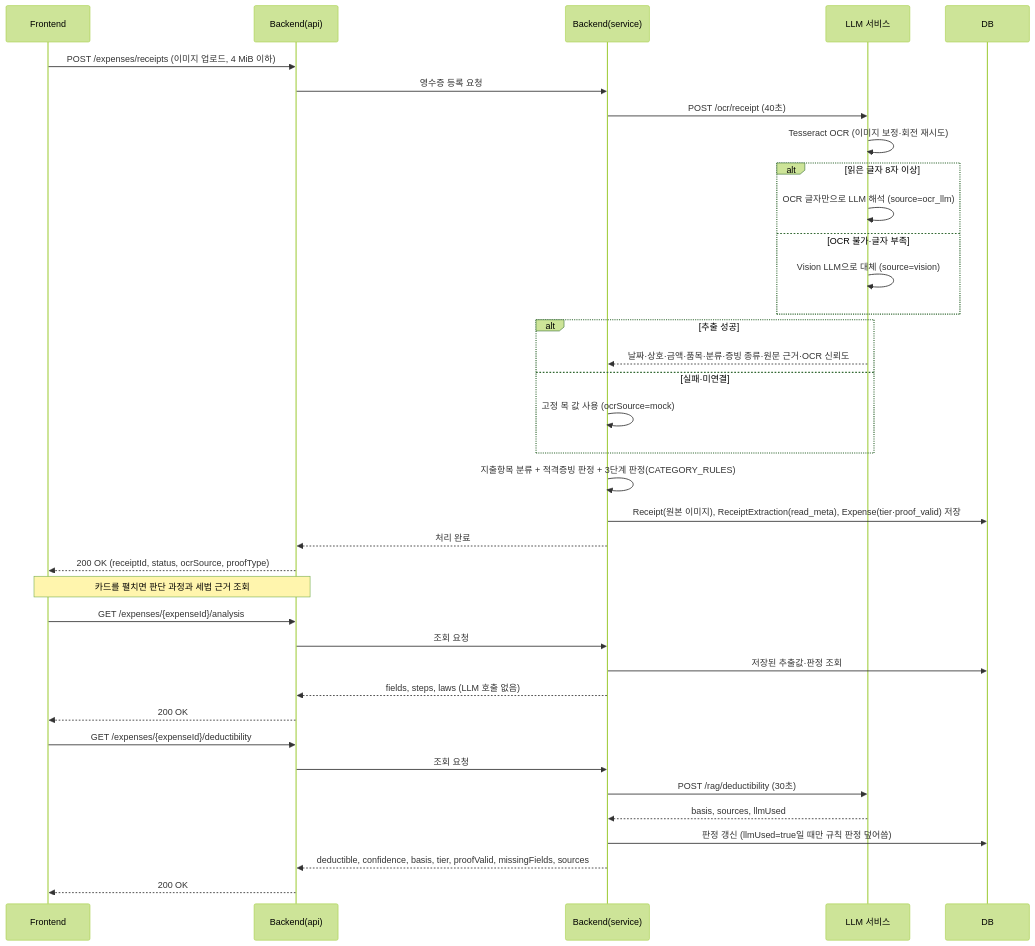
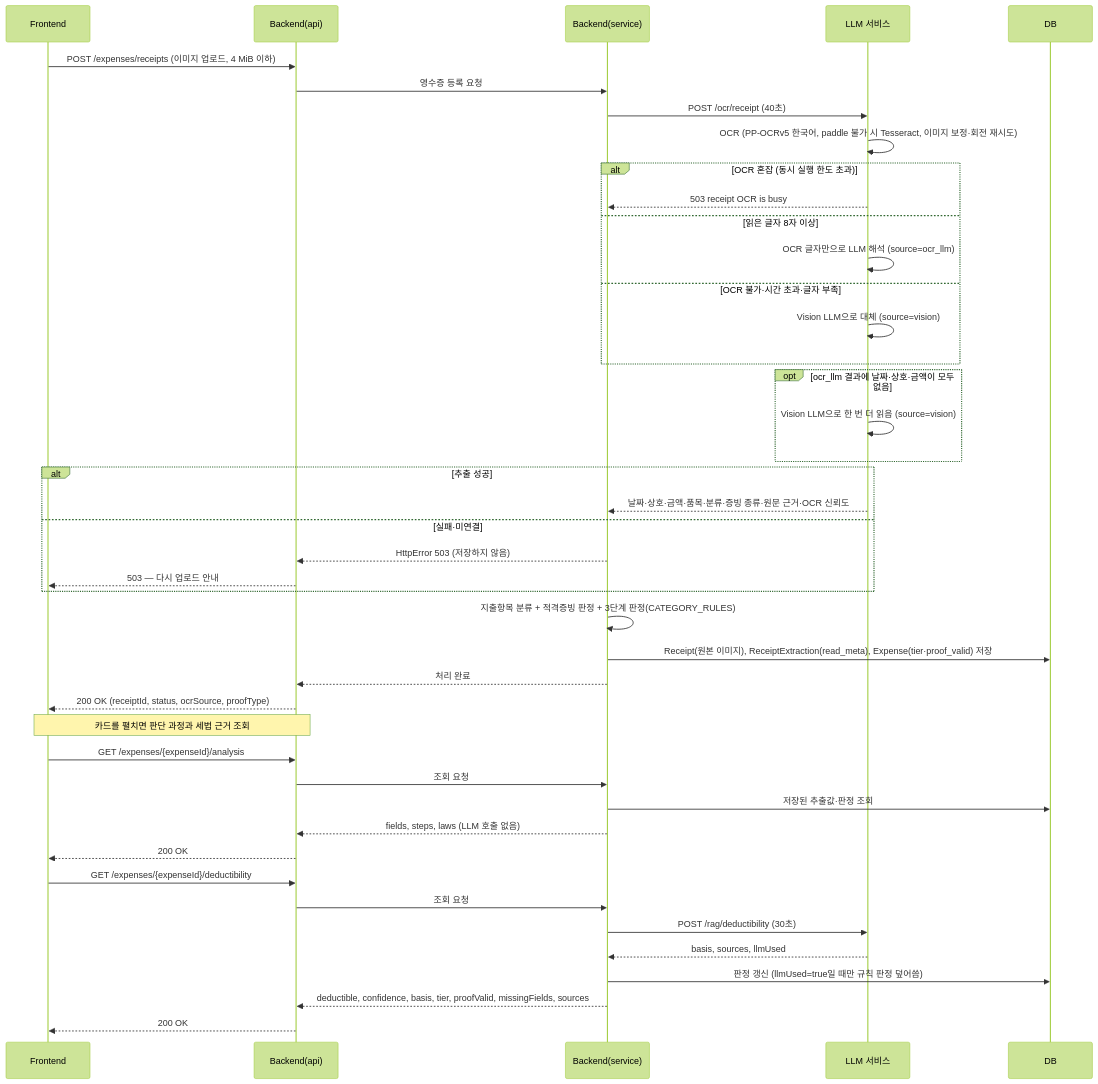
Before and after one commit to SKNETWORKS-FAMILY-AICAMP/SKN34-4th-3Team: the third of 7 diagrams in Docs/Design/SEQUENCE.md, drawn with Mermaid (forest theme). The commit also changed other lines of this file and 20 other files, not shown here.

````diff
--- a/Docs/Design/SEQUENCE.md
+++ b/Docs/Design/SEQUENCE.md
@@ -90,41 +90,47 @@
 ```mermaid
 sequenceDiagram
     participant FE as Frontend
     participant API as Backend(api)
     participant SVC as Backend(service)
     participant LLM as LLM 서비스
     participant DB as DB
 
     FE->>API: POST /expenses/receipts (이미지 업로드, 4 MiB 이하)
     API->>SVC: 영수증 등록 요청
     SVC->>LLM: POST /ocr/receipt (40초)
-    LLM->>LLM: Tesseract OCR (이미지 보정·회전 재시도)
-    alt 읽은 글자 8자 이상
+    LLM->>LLM: OCR (PP-OCRv5 한국어, paddle 불가 시 Tesseract, 이미지 보정·회전 재시도)
+    alt OCR 혼잡 (동시 실행 한도 초과)
+        LLM-->>SVC: 503 receipt OCR is busy
+    else 읽은 글자 8자 이상
         LLM->>LLM: OCR 글자만으로 LLM 해석 (source=ocr_llm)
-    else OCR 불가·글자 부족
+    else OCR 불가·시간 초과·글자 부족
         LLM->>LLM: Vision LLM으로 대체 (source=vision)
+    end
+    opt ocr_llm 결과에 날짜·상호·금액이 모두 없음
+        LLM->>LLM: Vision LLM으로 한 번 더 읽음 (source=vision)
     end
     alt 추출 성공
         LLM-->>SVC: 날짜·상호·금액·품목·분류·증빙 종류·원문 근거·OCR 신뢰도
     else 실패·미연결
-        SVC->>SVC: 고정 목 값 사용 (ocrSource=mock)
+        SVC-->>API: HttpError 503 (저장하지 않음)
+        API-->>FE: 503 — 다시 업로드 안내
     end
     SVC->>SVC: 지출항목 분류 + 적격증빙 판정 + 3단계 판정(CATEGORY_RULES)
     SVC->>DB: Receipt(원본 이미지), ReceiptExtraction(read_meta), Expense(tier·proof_valid) 저장
     SVC-->>API: 처리 완료
     API-->>FE: 200 OK (receiptId, status, ocrSource, proofType)
 
     Note over FE,API: 카드를 펼치면 판단 과정과 세법 근거 조회
     FE->>API: GET /expenses/{expenseId}/analysis
     API->>SVC: 조회 요청
     SVC->>DB: 저장된 추출값·판정 조회
     SVC-->>API: fields, steps, laws (LLM 호출 없음)
     API-->>FE: 200 OK
     FE->>API: GET /expenses/{expenseId}/deductibility
     API->>SVC: 조회 요청
     SVC->>LLM: POST /rag/deductibility (30초)
     LLM-->>SVC: basis, sources, llmUsed
     SVC->>DB: 판정 갱신 (llmUsed=true일 때만 규칙 판정 덮어씀)
     SVC-->>API: deductible, confidence, basis, tier, proofValid, missingFields, sources
     API-->>FE: 200 OK
 ```
````
